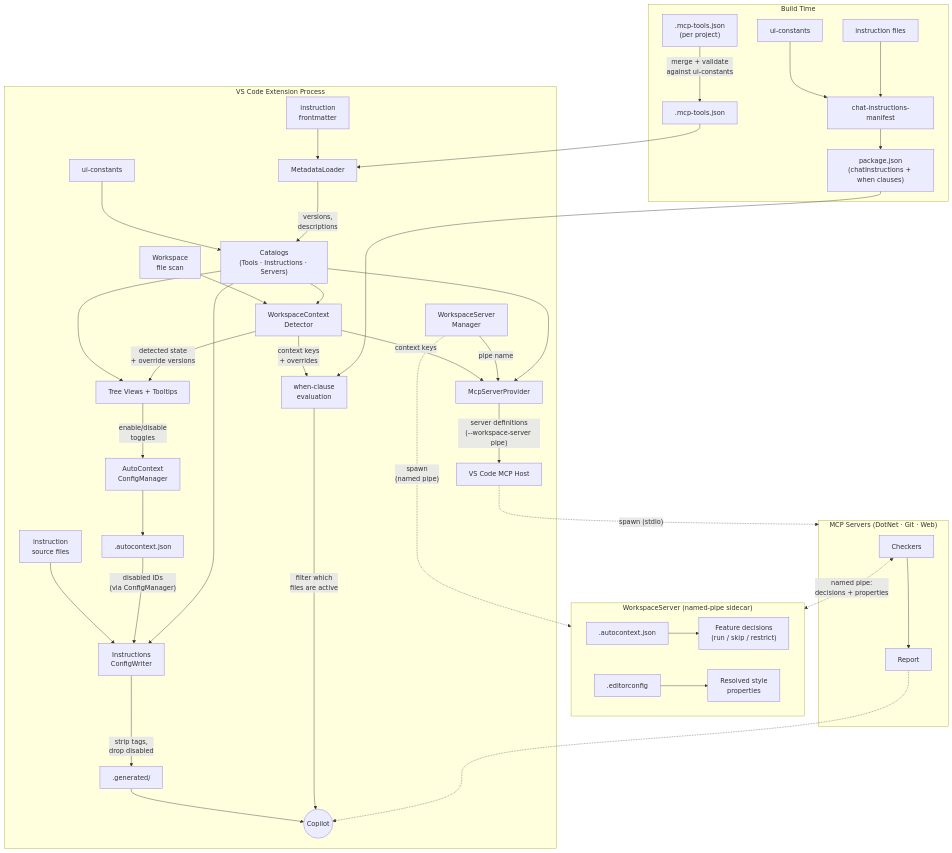
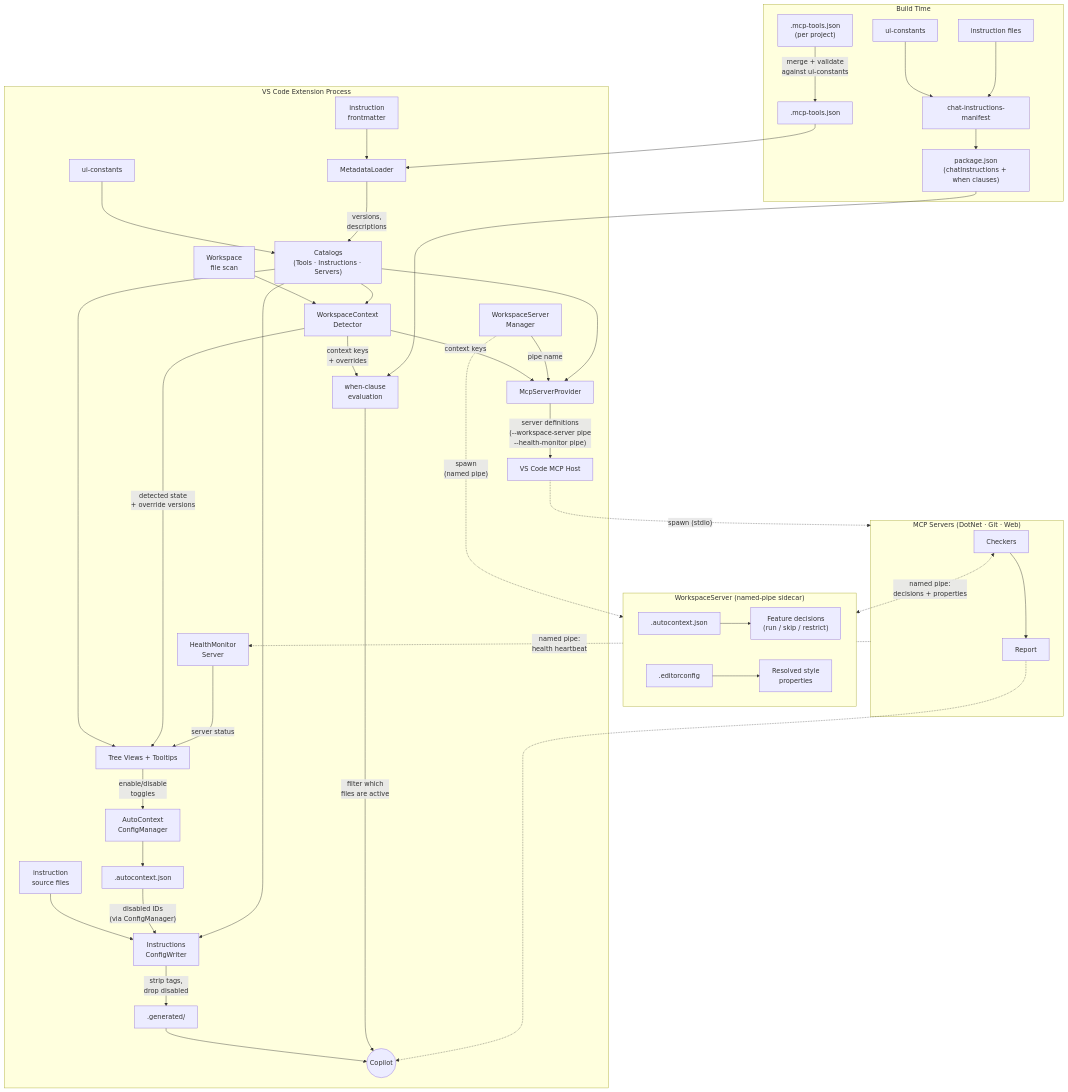
The diagram in docs/architecture.md (2site-net/AutoContext), drawn with Mermaid before and after one commit. The commit also changed other lines of this file and 6 other files, not shown here.

````diff
--- a/docs/architecture.md
+++ b/docs/architecture.md
@@ -31,56 +31,58 @@
 ```mermaid
 flowchart TB
     subgraph build["Build Time"]
         perProj[".mcp-tools.json<br/>(per project)"] -->|"merge + validate<br/>against ui-constants"| merged[".mcp-tools.json"]
         uiConst["ui-constants"] --> chatGen["chat-instructions-manifest"]
         instrFiles["instruction files"] --> chatGen
         chatGen --> pkgJson["package.json<br/>(chatInstructions + when clauses)"]
     end
 
     subgraph ext["VS Code Extension Process"]
         merged --> metaLoad["MetadataLoader"]
         frontmatter["instruction<br/>frontmatter"] --> metaLoad
         uiConstR["ui-constants"] --> catalogs["Catalogs<br/>(Tools · Instructions · Servers)"]
         metaLoad -->|"versions,<br/>descriptions"| catalogs
 
         catalogs --> trees["Tree Views + Tooltips"]
 
         workspace["Workspace<br/>file scan"] --> detector["WorkspaceContext<br/>Detector"]
         catalogs --> detector
         detector -->|"detected state<br/>+ override versions"| trees
         detector -->|"context keys"| serverProv["McpServerProvider"]
         detector -->|"context keys<br/>+ overrides"| whenEval["when-clause<br/>evaluation"]
         pkgJson --> whenEval
 
         trees -->|"enable/disable<br/>toggles"| cfgMgr["AutoContext<br/>ConfigManager"]
         cfgMgr --> acJson[".autocontext.json"]
 
         instrSrc["instruction<br/>source files"] --> instrWriter["Instructions<br/>ConfigWriter"]
         acJson -->|"disabled IDs<br/>(via ConfigManager)"| instrWriter
         catalogs --> instrWriter
         instrWriter -->|"strip tags,<br/>drop disabled"| generated[".generated/"]
 
         generated --> copilot(("Copilot"))
         whenEval -->|"filter which<br/>files are active"| copilot
 
+        healthMon["HealthMonitor<br/>Server"] -->|"server status"| trees
         wsMgr["WorkspaceServer<br/>Manager"] -->|"pipe name"| serverProv
         catalogs --> serverProv
-        serverProv -->|"server definitions<br/>(--workspace-server pipe)"| mcpHost["VS Code MCP Host"]
+        serverProv -->|"server definitions<br/>(--workspace-server pipe<br/>--health-monitor pipe)"| mcpHost["VS Code MCP Host"]
     end
 
     wsMgr -.->|"spawn<br/>(named pipe)"| sidecar
 
     subgraph sidecar["WorkspaceServer (named-pipe sidecar)"]
         acFile[".autocontext.json"] --> decisions["Feature decisions<br/>(run / skip / restrict)"]
         ecFile[".editorconfig"] --> ecProps["Resolved style<br/>properties"]
     end
 
     mcpHost -.->|"spawn (stdio)"| servers
 
     subgraph servers["MCP Servers (DotNet · Git · Web)"]
         checkers["Checkers"] --> report["Report"]
     end
 
     checkers <-.->|"named pipe:<br/>decisions + properties"| sidecar
+    servers -.->|"named pipe:<br/>health heartbeat"| healthMon
     report -.-> copilot
 ```
````
